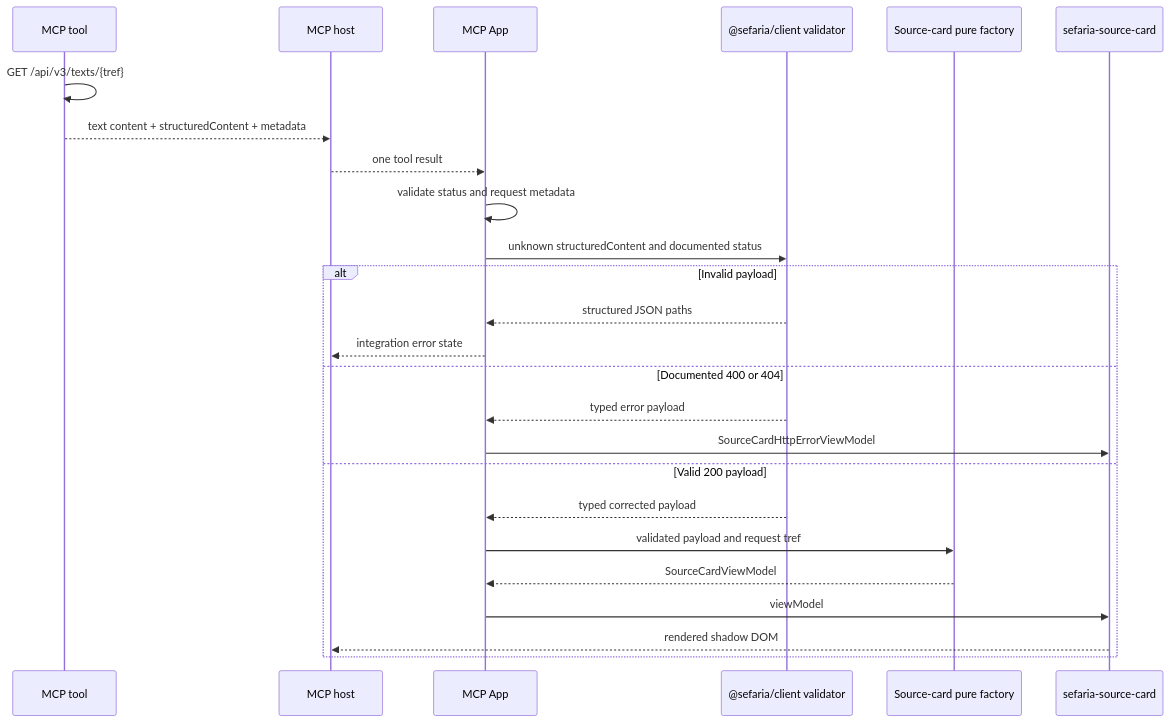
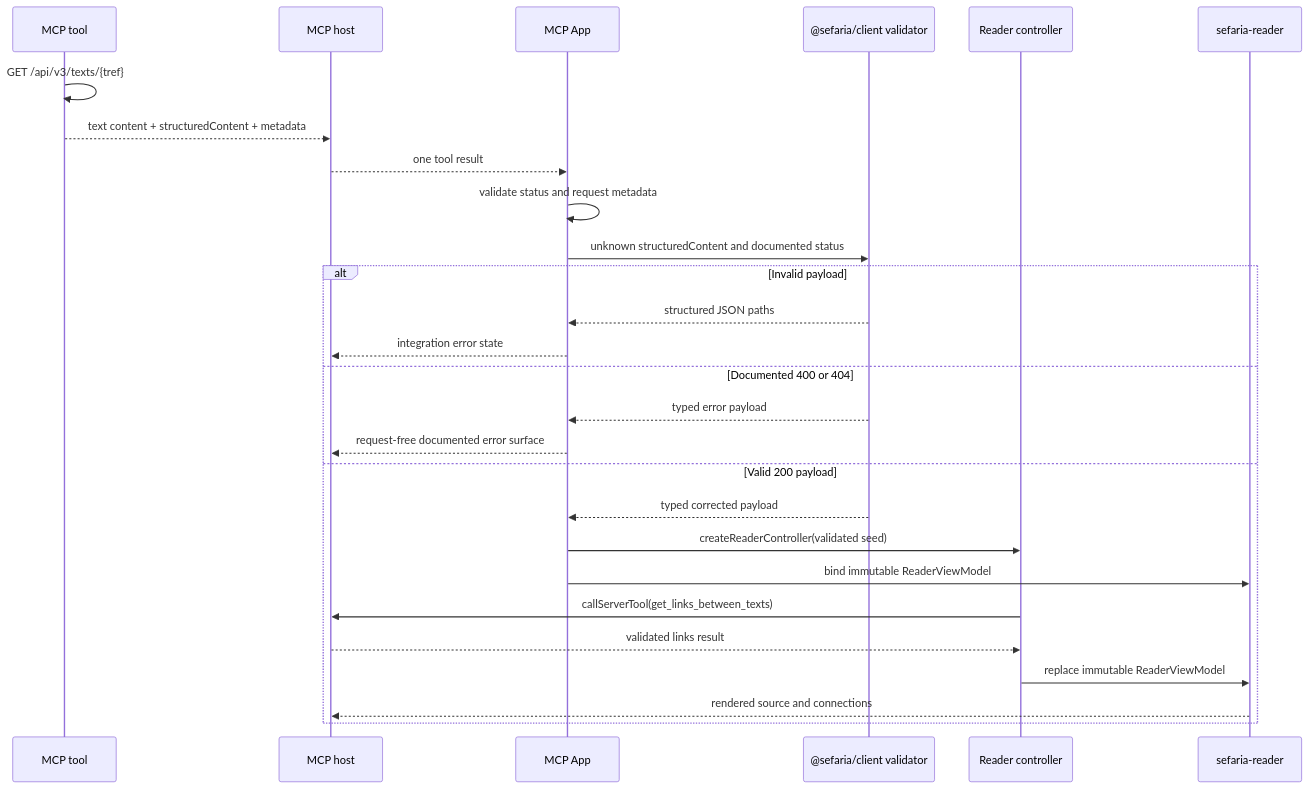
Before and after one commit to Arithmomaniac/sefaria-web-components: the first of 3 diagrams in docs/specs/integrations.md, drawn with Mermaid. The commit also changed other lines of this file and 43 other files, not shown here.

````diff
--- a/docs/specs/integrations.md
+++ b/docs/specs/integrations.md
@@ -177,28 +179,30 @@
 ```mermaid
 sequenceDiagram
     participant Tool as MCP tool
     participant Host as MCP host
     participant App as MCP App
     participant Validator as @sefaria/client validator
-    participant Factory as Source-card pure factory
-    participant Element as sefaria-source-card
+    participant Controller as Reader controller
+    participant Reader as sefaria-reader
 
     Tool->>Tool: GET /api/v3/texts/{tref}
     Tool-->>Host: text content + structuredContent + metadata
     Host-->>App: one tool result
     App->>App: validate status and request metadata
     App->>Validator: unknown structuredContent and documented status
     alt Invalid payload
         Validator-->>App: structured JSON paths
         App-->>Host: integration error state
     else Documented 400 or 404
         Validator-->>App: typed error payload
-        App->>Element: SourceCardHttpErrorViewModel
+        App-->>Host: request-free documented error surface
     else Valid 200 payload
         Validator-->>App: typed corrected payload
-        App->>Factory: validated payload and request tref
-        Factory-->>App: SourceCardViewModel
-        App->>Element: viewModel
-        Element-->>Host: rendered shadow DOM
+        App->>Controller: createReaderController(validated seed)
+        App->>Reader: bind immutable ReaderViewModel
+        Controller->>Host: callServerTool(get_links_between_texts)
+        Host-->>Controller: validated links result
+        Controller->>Reader: replace immutable ReaderViewModel
+        Reader-->>Host: rendered source and connections
     end
 ```
````
